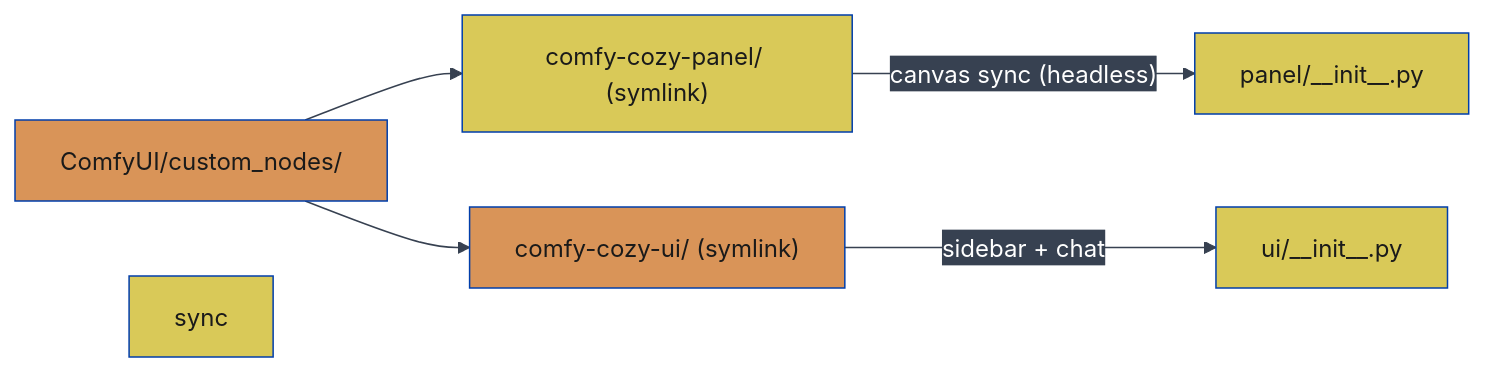
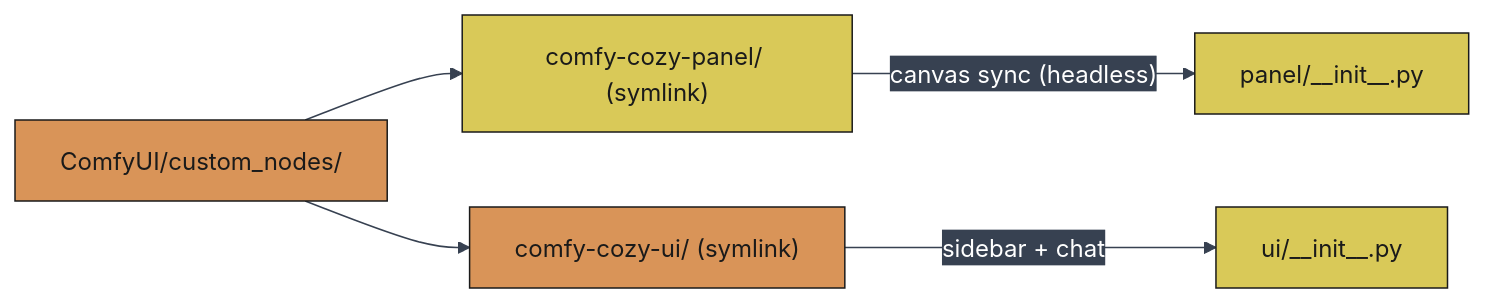
One commit to JosephOIbrahim/Comfy-Cozy changed the third of 27 diagrams in README.md. Above: the diagram before and after it, drawn with Mermaid. The commit also changed other lines of this file, not shown here.

First line of the commit message:
[DOCS] Convert mermaid styling to classDef for reliable GitHub rendering

````diff
--- a/README.md
+++ b/README.md
@@ -202,15 +203,13 @@
 ```mermaid
 %%{init: {'theme':'base','themeVariables': {'primaryColor':'#0066FF','primaryTextColor':'#ffffff','primaryBorderColor':'#003eaa','lineColor':'#374151','secondaryColor':'#374151','tertiaryColor':'#1f2937','fontFamily':'monospace'}}}%%
 graph LR
     CN["ComfyUI/custom_nodes/"] --> P["comfy-cozy-panel/ (symlink)"]
     CN --> U["comfy-cozy-ui/ (symlink)"]
     P -->|"canvas sync (headless)"| Panel["panel/__init__.py"]
     U -->|"sidebar + chat"| UI["ui/__init__.py"]
 
-    style CN fill:#d99458,color:#1a1a1a
-    style P fill:#d9c958,color:#1a1a1a
-    style U fill:#d99458,color:#1a1a1a
-    style sync fill:#d9c958,color:#1a1a1a
-    style Panel fill:#d9c958,color:#1a1a1a
-    style UI fill:#d9c958,color:#1a1a1a
+    classDef orange fill:#d99458,color:#1a1a1a,stroke:#1a1a1a
+    classDef yellow fill:#d9c958,color:#1a1a1a,stroke:#1a1a1a
+    class CN,U orange
+    class P,sync,Panel,UI yellow
 ```
````
